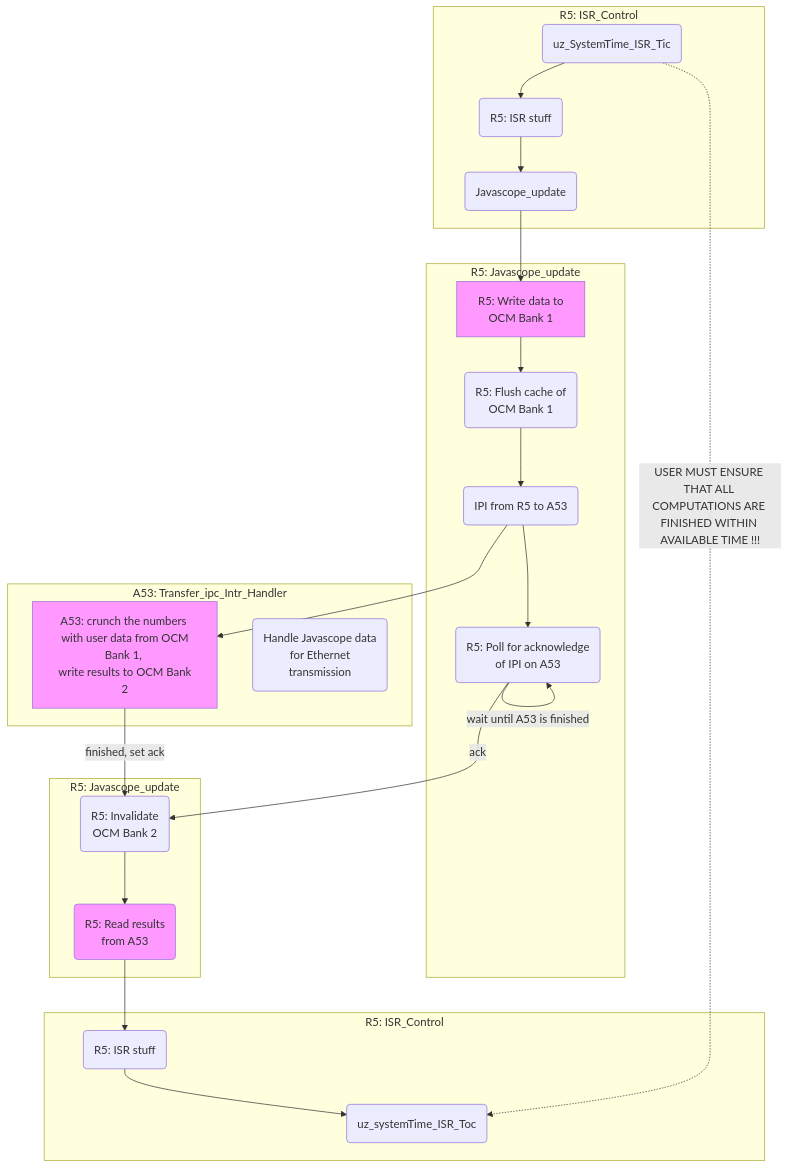
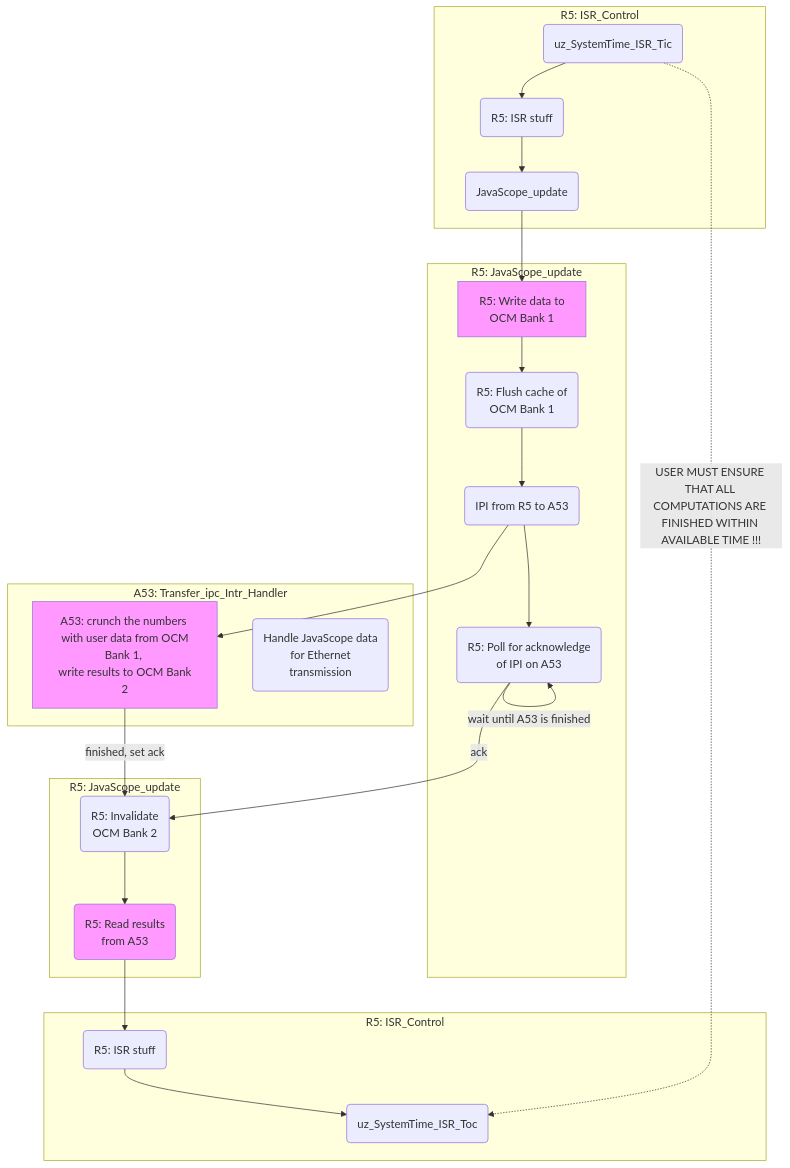
The diagram in docs/source/guide/apu_software/a53_accelerator.rst (ultrazohm/ultrazohm_sw), drawn with Mermaid before and after one commit. The commit also changed other lines of this file and 4 other files, not shown here.

Commit message:
- update datamover_r5 - add details in datamover_a53 - polish adjacents docs: typos, mermaid graph

```diff
--- a/docs/source/guide/apu_software/a53_accelerator.rst
+++ b/docs/source/guide/apu_software/a53_accelerator.rst
@@ -19,32 +19,32 @@
 .. mermaid::
     :align: center
     :caption: Signal flow of A53 accelerator 
   
     flowchart TD
       subgraph R5: ISR_Control
-          X(uz_SystemTime_ISR_Tic) -->Y(R5: ISR stuff) -->Z(Javascope_update)
+          X(uz_SystemTime_ISR_Tic) -->Y(R5: ISR stuff) -->Z(JavaScope_update)
       end
           Z --> A
-      subgraph R5: Javascope_update
+      subgraph R5: JavaScope_update
           A[R5: Write data to <br> OCM Bank 1] -->B(R5: Flush cache of <br> OCM Bank 1)
           style A fill:#f9f
           B --> C(IPI from R5 to A53)
           C -->E(R5: Poll for acknowledge <br> of IPI on A53)
       end
           E -->|wait until A53 is finished|E
           E --> |ack|G
       subgraph A53: Transfer_ipc_Intr_Handler
           C --> F[A53: crunch the numbers <br> with user data from OCM Bank 1, <br> write results to OCM Bank 2]
           style F fill:#f9f
-          W(Handle Javascope data <br> for Ethernet <br> transmission)
+          W(Handle JavaScope data <br> for Ethernet <br> transmission)
       end
           F -->|finished, set ack| G(R5: Invalidate <br> OCM Bank 2)
-      subgraph R5: Javascope_update
+      subgraph R5: JavaScope_update
           G --> H(R5: Read results <br> from A53)
           style H fill:#f9f
       end
       subgraph R5: ISR_Control
           H --> J(R5: ISR stuff)
-          J --> K(uz_systemTime_ISR_Toc)
+          J --> K(uz_SystemTime_ISR_Toc)
        end
           X .-> |USER MUST ENSURE THAT ALL COMPUTATIONS ARE FINISHED WITHIN AVAILABLE TIME !!!|K	
```
